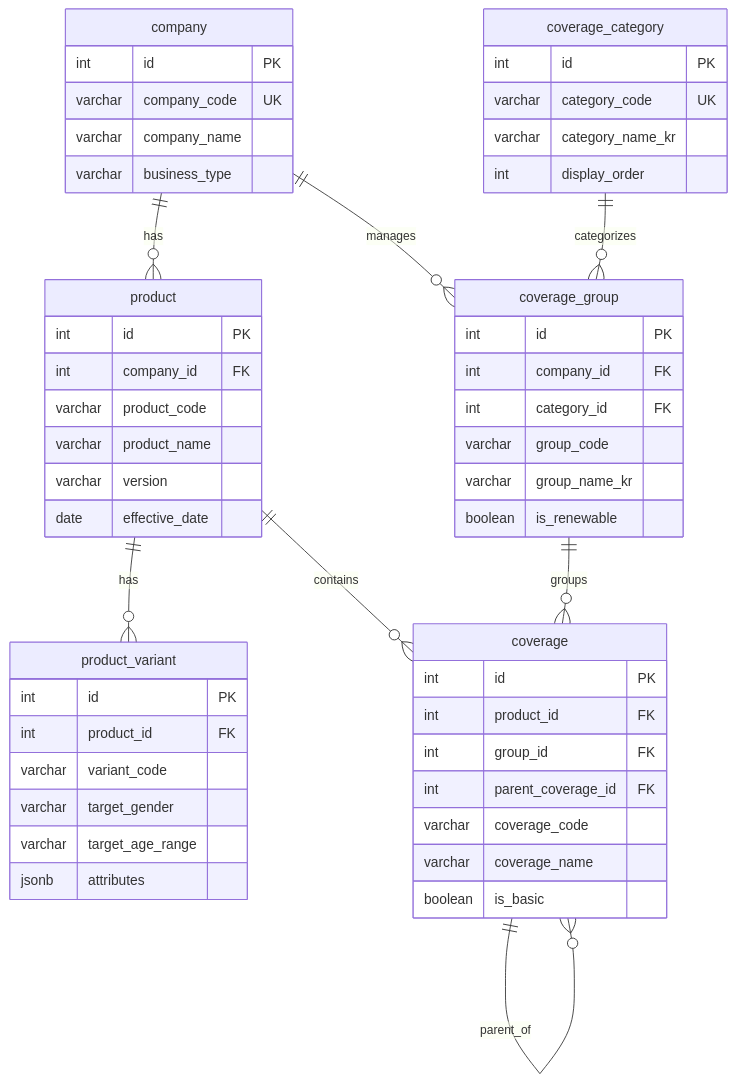
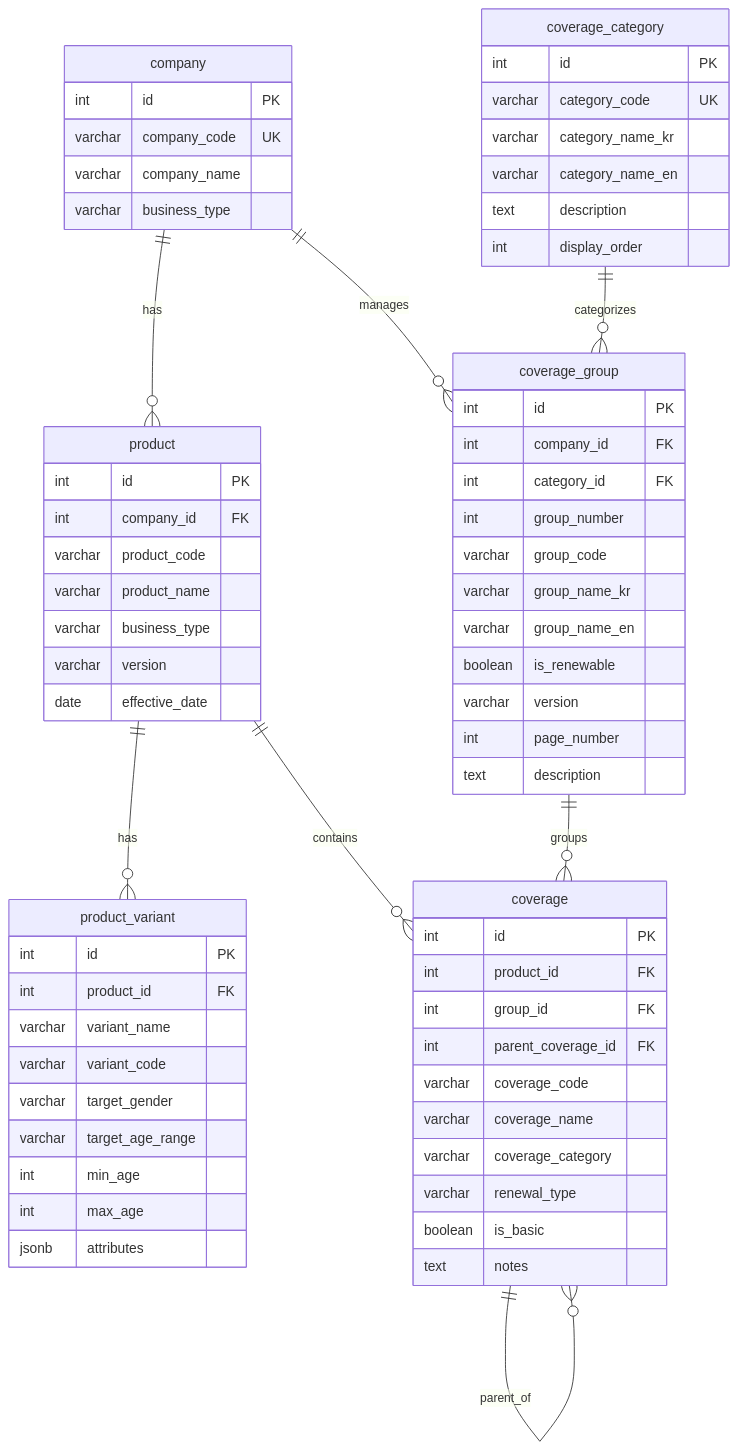
One commit to jason-dio-so/insurance-ontology-v3 changed the second of 5 diagrams in db_refactoring/docs/ER_DIAGRAM.md. Above: the diagram before and after it, drawn with Mermaid. The commit also changed other lines of this file and 1 other file, not shown here.

Commit message:
docs: Sync ER_DIAGRAM.md and GRAPH_SCHEMA.md with actual schema
- ER_DIAGRAM.md: Add missing columns to match 001_initial_schema.sql
  - product.business_type, product_variant.variant_name/min_age/max_age
  - coverage.renewal_type/coverage_category/notes
  - document.version/file_path/attributes, document_clause.page_number/hierarchy_level

- GRAPH_SCHEMA.md: Update to match 001_graph_schema.cypher
  - Add 4 nodes: RiskEvent, Condition, Exclusion, Plan
  - Add 7 relationships: PARENT_OF, TRIGGERS, HAS_CONDITION, etc.
  - Update constraints and indexes to match Cypher file
  - Mark all extensions as implemented

🤖 Generated with [Claude Code](https://claude.com/claude-code)

````diff
--- a/db_refactoring/docs/ER_DIAGRAM.md
+++ b/db_refactoring/docs/ER_DIAGRAM.md
@@ -55,61 +55,75 @@
 ```mermaid
 erDiagram
     company {
         int id PK
         varchar company_code UK
         varchar company_name
         varchar business_type
     }
 
     product {
         int id PK
         int company_id FK
         varchar product_code
         varchar product_name
+        varchar business_type
         varchar version
         date effective_date
     }
 
     product_variant {
         int id PK
         int product_id FK
+        varchar variant_name
         varchar variant_code
         varchar target_gender
         varchar target_age_range
+        int min_age
+        int max_age
         jsonb attributes
     }
 
     coverage_category {
         int id PK
         varchar category_code UK
         varchar category_name_kr
+        varchar category_name_en
+        text description
         int display_order
     }
 
     coverage_group {
         int id PK
         int company_id FK
         int category_id FK
+        int group_number
         varchar group_code
         varchar group_name_kr
+        varchar group_name_en
         boolean is_renewable
+        varchar version
+        int page_number
+        text description
     }
 
     coverage {
         int id PK
         int product_id FK
         int group_id FK
         int parent_coverage_id FK
         varchar coverage_code
         varchar coverage_name
+        varchar coverage_category
+        varchar renewal_type
         boolean is_basic
+        text notes
     }
 
     company ||--o{ product : "has"
     company ||--o{ coverage_group : "manages"
     product ||--o{ coverage : "contains"
     product ||--o{ product_variant : "has"
     coverage_category ||--o{ coverage_group : "categorizes"
     coverage_group ||--o{ coverage : "groups"
     coverage ||--o{ coverage : "parent_of"
 ```
````
